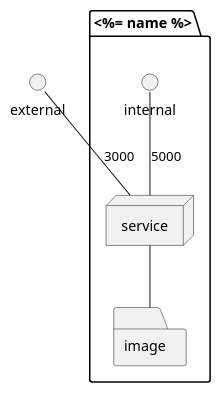
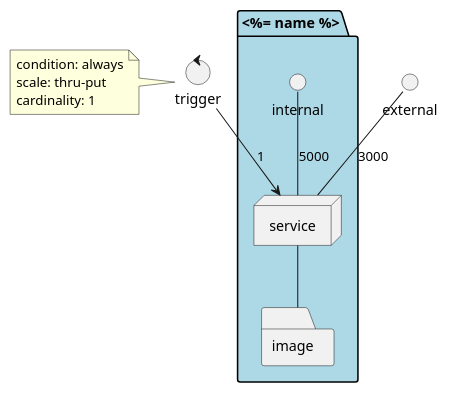
One commit to madajaju/bouquet changed the diagram in sails-generate-bouquet-uservice/templates/docs/Deployment.puml. Above: the diagram before and after it, drawn with PlantUML. The commit also changed 36 other files, not shown here.

```diff
--- a/sails-generate-bouquet-uservice/templates/docs/Deployment.puml
+++ b/sails-generate-bouquet-uservice/templates/docs/Deployment.puml
@@ -1,14 +1,21 @@
 @startuml
 
 interface external
+control trigger
 
-package  "<%= name %>" {
+package  "<%= name %>" #lightblue {
   interface internal
   node service
   folder image
 }
 service -- image
 external -- service : 3000
 internal -- service : 5000
 
+trigger --> service : 1
+note left of trigger
+condition: always
+scale: thru-put
+cardinality: 1
+end note
 @enduml
```
